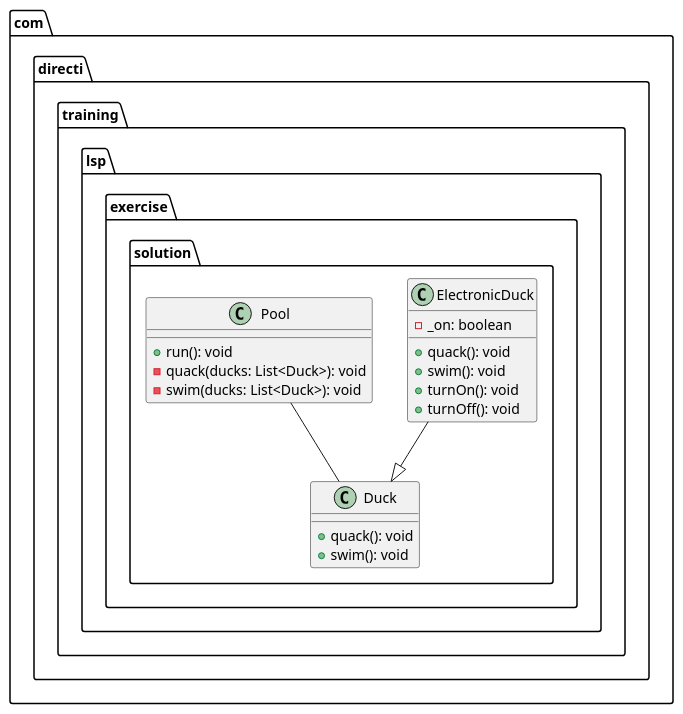
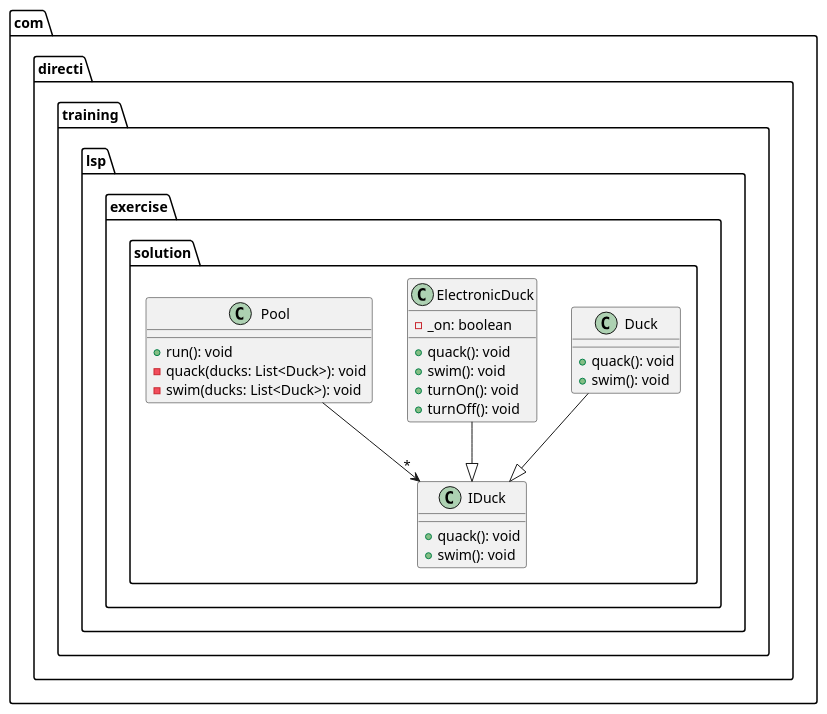
One commit to Ali-Doggaz/TP1-archi changed the diagram in LSP/src/com/directi/training/lsp/exercise/solution/new_architecture.plantuml. Above: the diagram before and after it, drawn with PlantUML. The commit also changed 10 other files, not shown here.

```diff
--- a/LSP/src/com/directi/training/lsp/exercise/solution/new_architecture.plantuml
+++ b/LSP/src/com/directi/training/lsp/exercise/solution/new_architecture.plantuml
@@ -2,29 +2,37 @@
 @startuml
 
 ' NOTE: almost the same as the old one
 
 package "com.directi.training.lsp.exercise.solution" {
+
+
+    class IDuck {
+        +quack(): void
+        +swim(): void
+    }
+
     class Duck {
         +quack(): void
         +swim(): void
     }
 
     class ElectronicDuck {
         -_on: boolean
         +quack(): void
         +swim(): void
         +turnOn(): void
         +turnOff(): void
     }
 
-    Pool -- Duck
-    ElectronicDuck --|> Duck
-
-    class Pool {
+   class Pool {
         +run(): void
         -quack(ducks: List<Duck>): void
         -swim(ducks: List<Duck>): void
     }
 
+    ElectronicDuck --|> IDuck
+    Duck --|> IDuck
+    Pool --> "*" IDuck
+
 }
 @enduml
```
